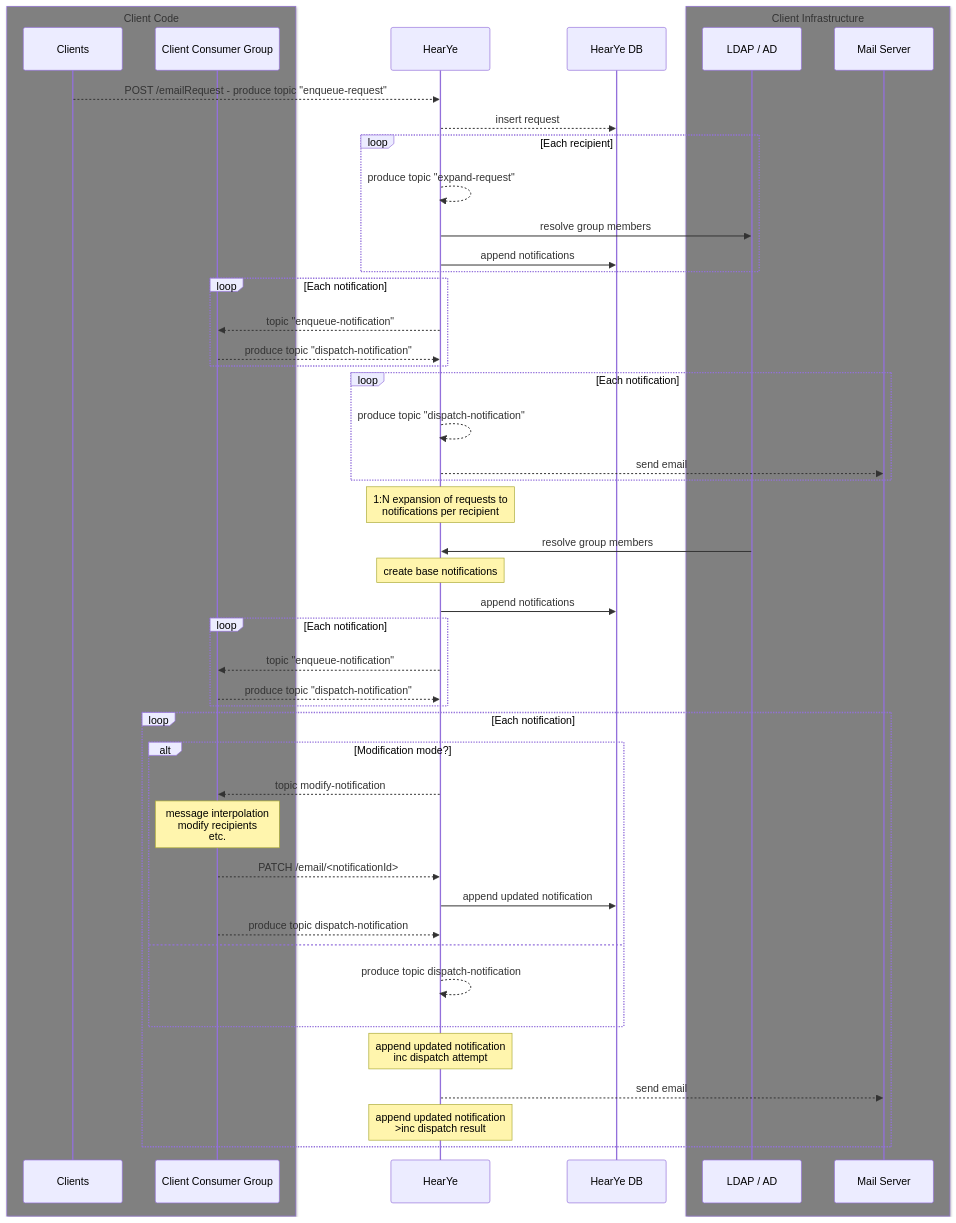
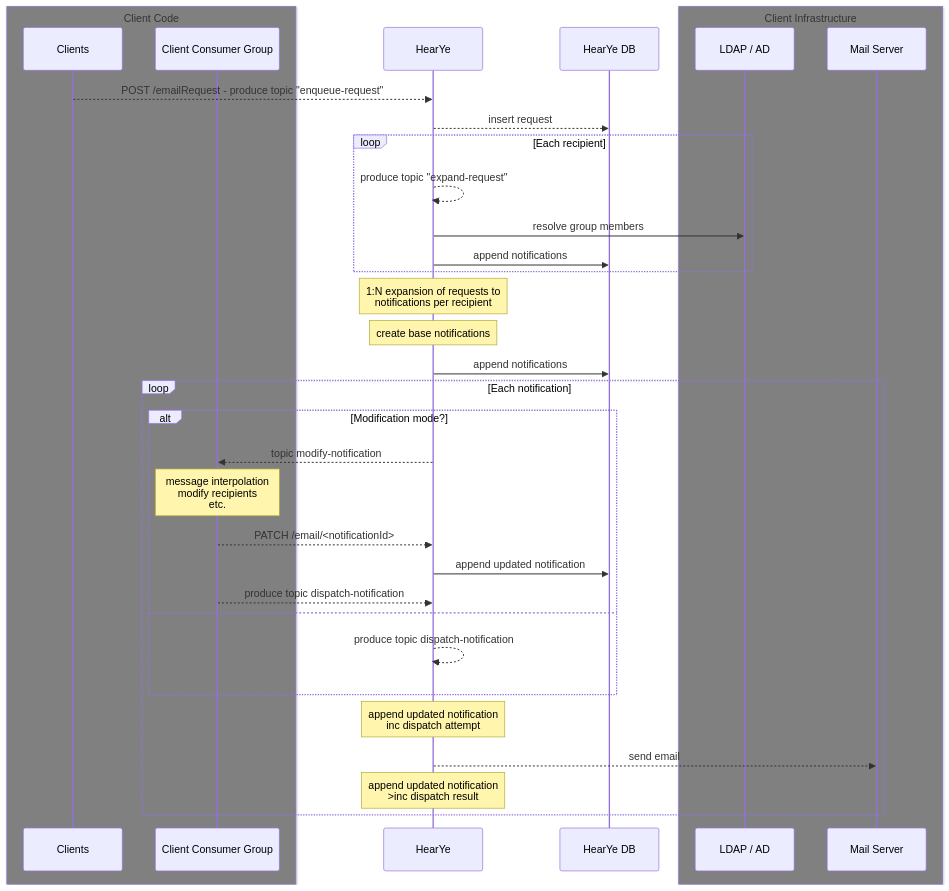
One commit to fleep/hearye changed the diagram in docs/architecture.md. Above: the diagram before and after it, drawn with Mermaid.

Commit message:
Fixes to seq diagram

````diff
--- a/docs/architecture.md
+++ b/docs/architecture.md
@@ -6,51 +6,38 @@
 ```mermaid
 sequenceDiagram
     box gray Client Code
         participant Clients
         participant Consumers as Client Consumer Group
     end
     participant HearYe
     participant HearYe DB
     box gray Client Infrastructure
         participant LDAP as LDAP / AD
         participant Mail Server
     end
     Clients -->> HearYe: POST /emailRequest - produce topic "enqueue-request"
     HearYe -->> HearYe DB: insert request
     loop Each recipient
         HearYe -->> HearYe: produce topic "expand-request"
         HearYe ->> LDAP: resolve group members
         HearYe ->> HearYe DB: append notifications
     end
-    loop Each notification
-        HearYe -->> Consumers: topic "enqueue-notification"
-        Consumers -->> HearYe: produce topic "dispatch-notification"
-    end
-    loop Each notification
-        HearYe -->> HearYe: produce topic "dispatch-notification"
-        HearYe -->> Mail Server: send email
-    end
     note over HearYe: 1:N expansion of requests to<br /> notifications per recipient
-    LDAP ->> HearYe: resolve group members
     note over HearYe: create base notifications
     HearYe ->> HearYe DB: append notifications
-    loop Each notification
-        HearYe -->> Consumers: topic "enqueue-notification"
-        Consumers -->> HearYe: produce topic "dispatch-notification"
-    end
     loop Each notification
         alt Modification mode?
             HearYe -->> Consumers: topic modify-notification
             note over Consumers: message interpolation<br />modify recipients<br />etc.
             Consumers -->> HearYe: PATCH /email/<notificationId>
             HearYe ->> HearYe DB: append updated notification
             Consumers -->> HearYe: produce topic dispatch-notification
         else
             HearYe -->> HearYe: produce topic dispatch-notification
         end
         note over HearYe: append updated notification<br />inc dispatch attempt
         HearYe -->> Mail Server: send email
         note over HearYe: append updated notification<br />>inc dispatch result
     end
     
 ```
````
